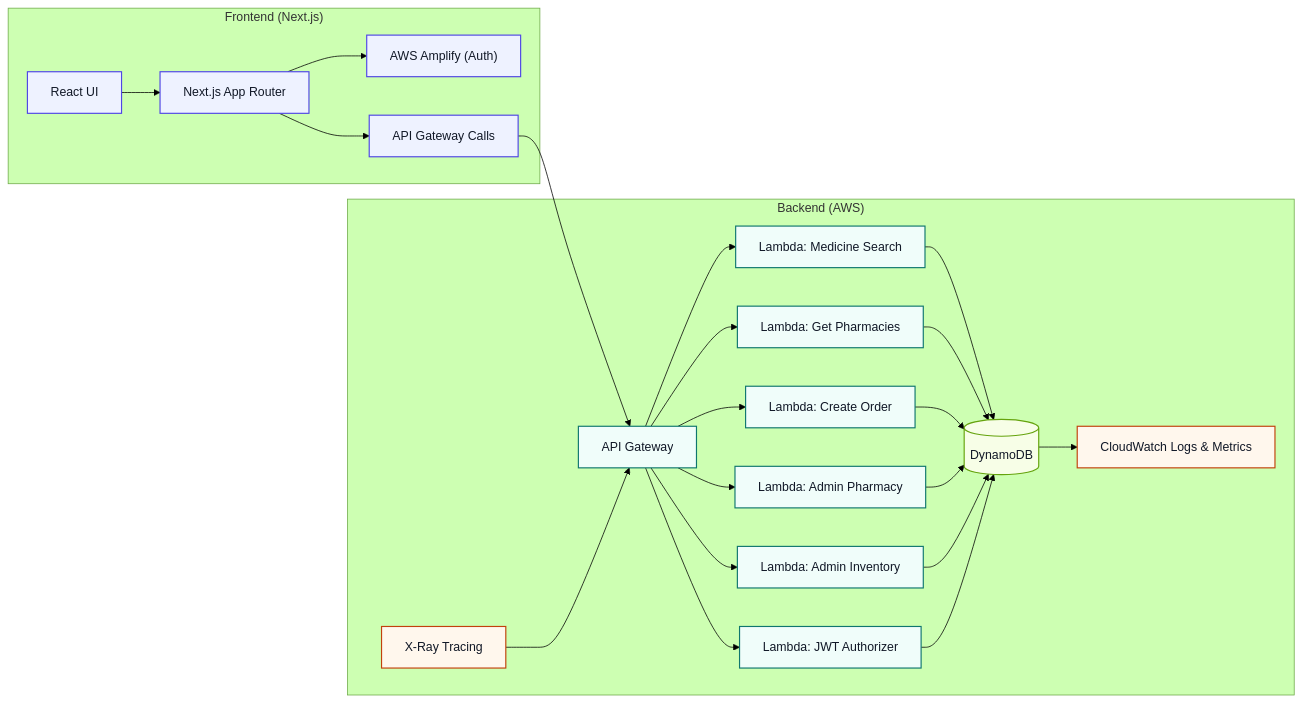
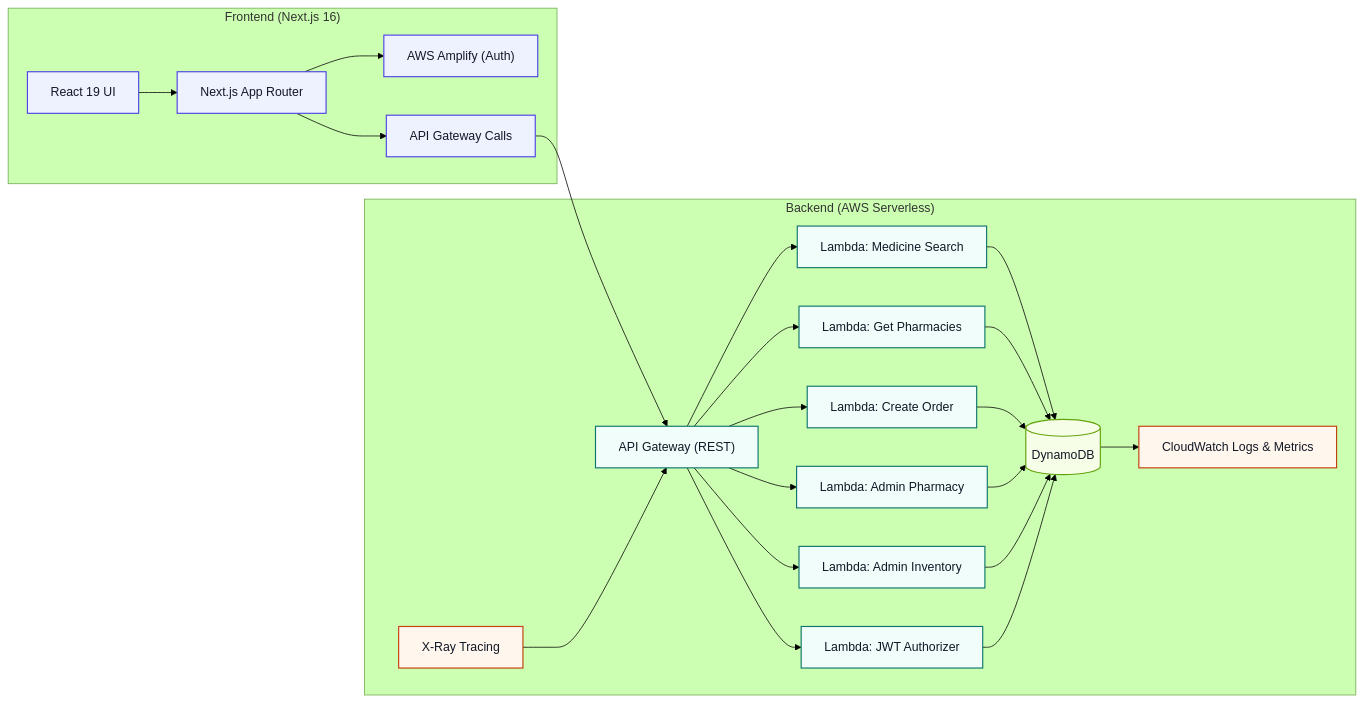
The first of 2 diagrams in README.md (s-aduk/MediFind), drawn with Mermaid (forest theme) before and after one commit. The commit also changed other lines of this file, not shown here.

````diff
--- a/README.md
+++ b/README.md
@@ -44,36 +44,36 @@
 ```mermaid
 flowchart LR
-    subgraph Frontend["Frontend (Next.js)"]
-        A["React UI"] --> B["Next.js App Router"]
+    subgraph Frontend["Frontend (Next.js 16)"]
+        A["React 19 UI"] --> B["Next.js App Router"]
         B --> C["AWS Amplify (Auth)"]
         B --> D["API Gateway Calls"]
     end
 
-    subgraph Backend["Backend (AWS)"]
-        D --> E["API Gateway"]
+    subgraph Backend["Backend (AWS Serverless)"]
+        D --> E["API Gateway (REST)"]
         E --> F["Lambda: Medicine Search"]
         E --> G["Lambda: Get Pharmacies"]
         E --> H["Lambda: Create Order"]
         E --> I["Lambda: Admin Pharmacy"]
         E --> J["Lambda: Admin Inventory"]
         E --> K["Lambda: JWT Authorizer"]
         F --> L[("DynamoDB")]
         G --> L
         H --> L
         I --> L
         J --> L
         K --> L
         L --> M["CloudWatch Logs & Metrics"]
         N["X-Ray Tracing"] --> E
     end
 
     classDef frontend fill:#eef2ff,stroke:#4f46e5,color:#111827,stroke-width:1.5px;
     classDef backend fill:#f0fdfa,stroke:#0f766e,color:#111827,stroke-width:1.5px;
     classDef data fill:#f7fee7,stroke:#65a30d,color:#111827,stroke-width:1.5px;
     classDef observability fill:#fff7ed,stroke:#c2410c,color:#111827,stroke-width:1.5px;
 
     class A,B,C,D frontend;
     class E,F,G,H,I,J,K backend;
     class L data;
     class M,N observability;
 ```
````
